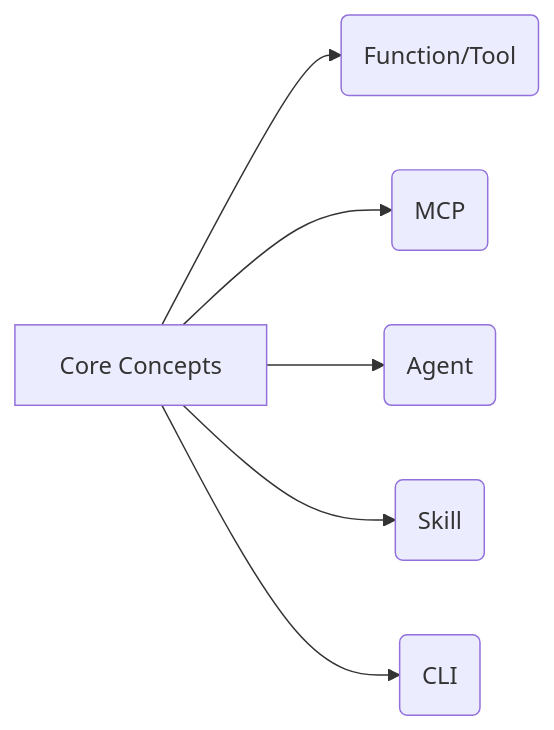
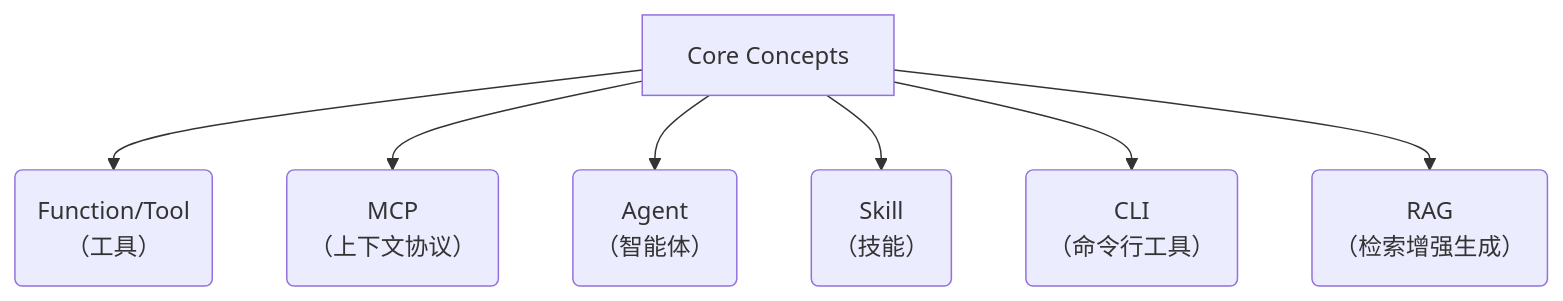
The diagram in AI/核心概念.md (290044632/bookmark), drawn with Mermaid before and after one commit. The commit also changed 1 other file, not shown here.

Commit message:
新增RAG文档

````diff
--- a/AI/核心概念.md
+++ b/AI/核心概念.md
@@ -3,15 +3,23 @@
 ```mermaid
-flowchart LR
+flowchart TB
 
 A["Core Concepts"]
-A1("Function/Tool")
-A2("MCP")
-A3("Agent")
-A4("Skill")
-A5("CLI")
+A1("Function/Tool
+（工具）")
+A2("MCP
+（上下文协议）")
+A3("Agent
+（智能体）")
+A4("Skill
+（技能）")
+A5("CLI
+（命令行工具）")
+A6("RAG
+（检索增强生成）")
 A-->A1
 A-->A2
 A-->A3
 A-->A4
 A-->A5
+A-->A6
 ```
````
